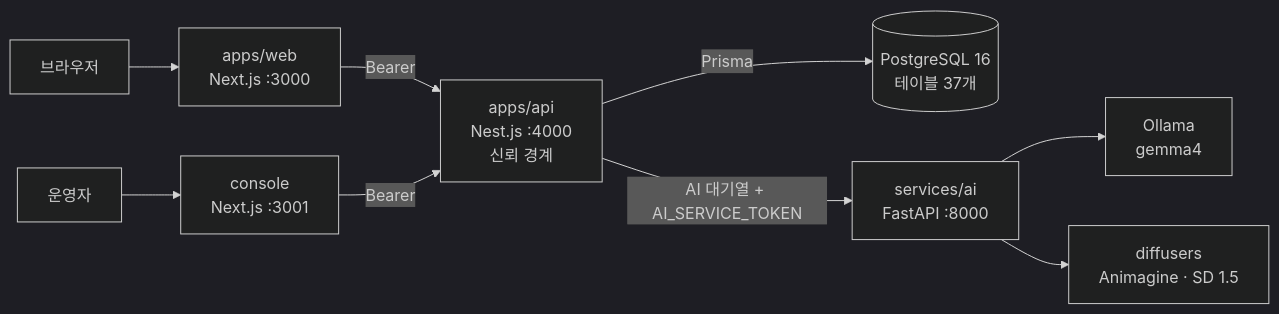
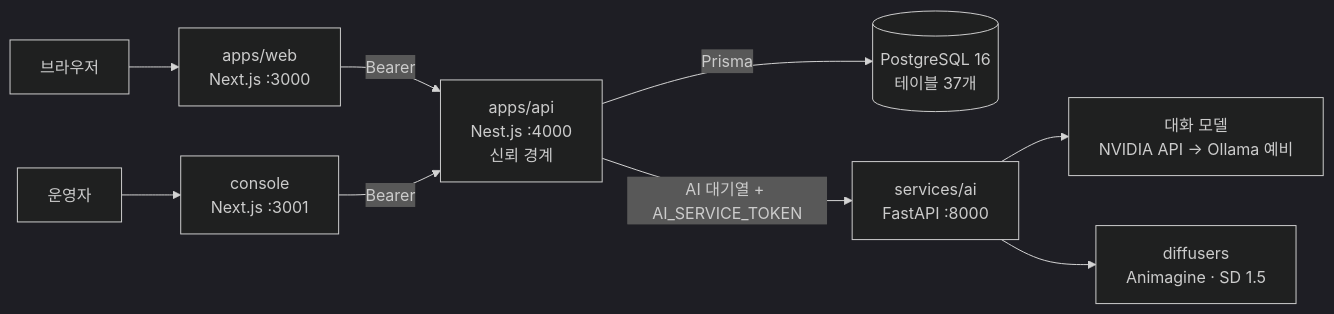
Before and after one commit to samam0234/CodiComperChat: the second of 6 diagrams in README.md, drawn with Mermaid (dark theme). The commit also changed other lines of this file, not shown here.

First line of the commit message:
docs(readme): 로직 구조를 mermaid 계층도와 YAML 파이프라인으로 바꾸고 배포 상태를 반영

````diff
--- a/README.md
+++ b/README.md
@@ -94,11 +121,11 @@
 ```mermaid
 flowchart LR
   B["브라우저"] --> W["apps/web<br/>Next.js :3000"]
   OP["운영자"] --> C["console<br/>Next.js :3001"]
   W -- "Bearer" --> N["apps/api<br/>Nest.js :4000<br/>신뢰 경계"]
   C -- "Bearer" --> N
   N -- "Prisma" --> D[("PostgreSQL 16<br/>테이블 37개")]
   N -- "AI 대기열 + AI_SERVICE_TOKEN" --> A["services/ai<br/>FastAPI :8000"]
-  A --> O["Ollama<br/>gemma4"]
+  A --> L["대화 모델<br/>NVIDIA API → Ollama 예비"]
   A --> G["diffusers<br/>Animagine · SD 1.5"]
 ```
````
